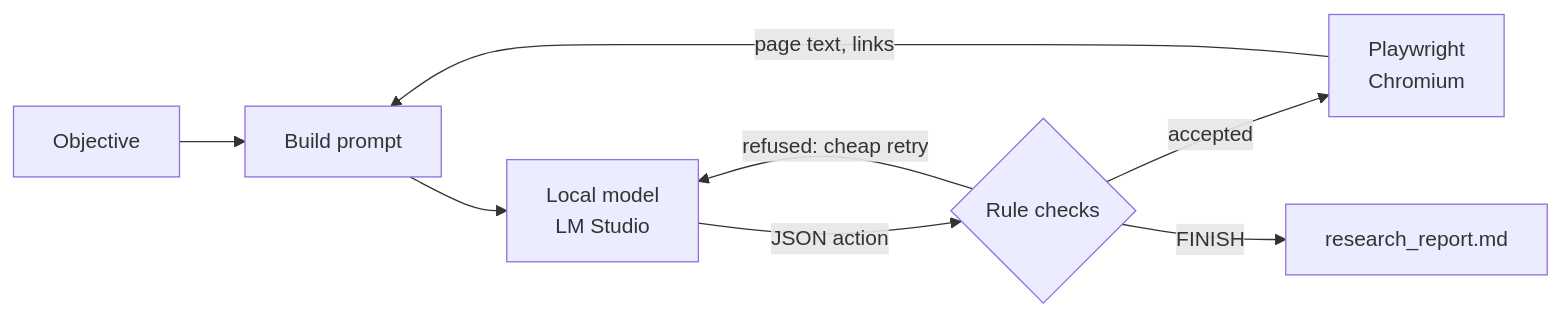
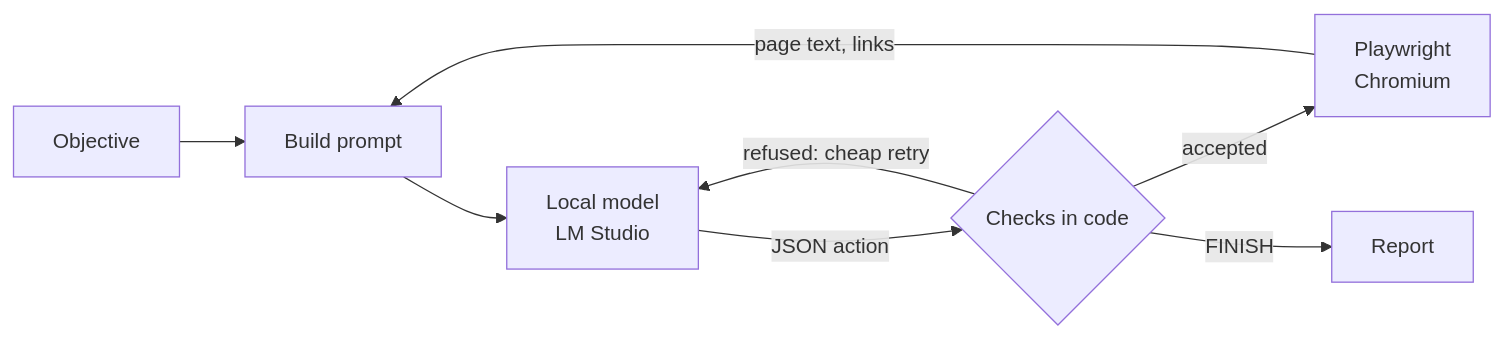
Before and after one commit to SnowFXXX/LocalAgentBrowser: the diagram in README.md, drawn with Mermaid. The commit also changed other lines of this file and 8 other files, not shown here.

Commit message:
README and site revamp: four models tested near the top, install and first-run guides, Windows shortcuts, charts with 1.64's results; long README sections moved to docs/; llms.txt updated (#17)

````diff
--- a/README.md
+++ b/README.md
@@ -238,10 +180,10 @@
 ```mermaid
 flowchart LR
     O[Objective] --> P[Build prompt]
     P --> M[Local model<br/>LM Studio]
-    M -->|JSON action| C{Rule checks}
+    M -->|JSON action| C{Checks in code}
     C -->|refused: cheap retry| M
     C -->|accepted| B[Playwright<br/>Chromium]
     B -->|page text, links| P
-    C -->|FINISH| R[research_report.md]
+    C -->|FINISH| R[Report]
 ```
````
